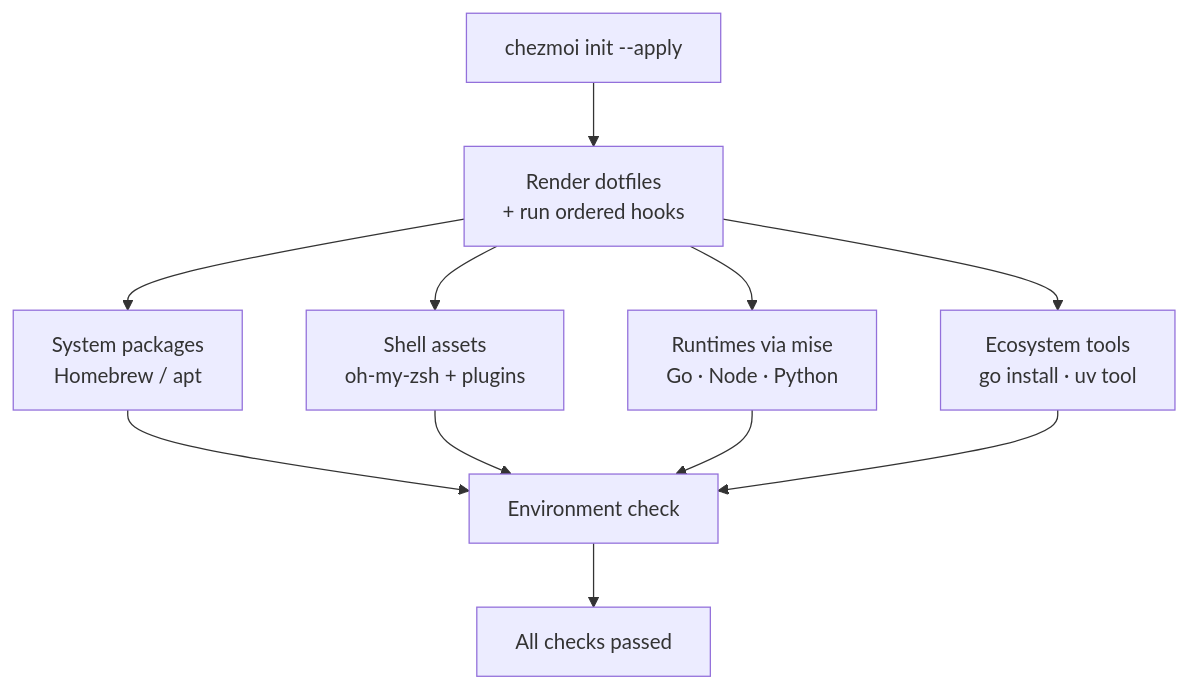
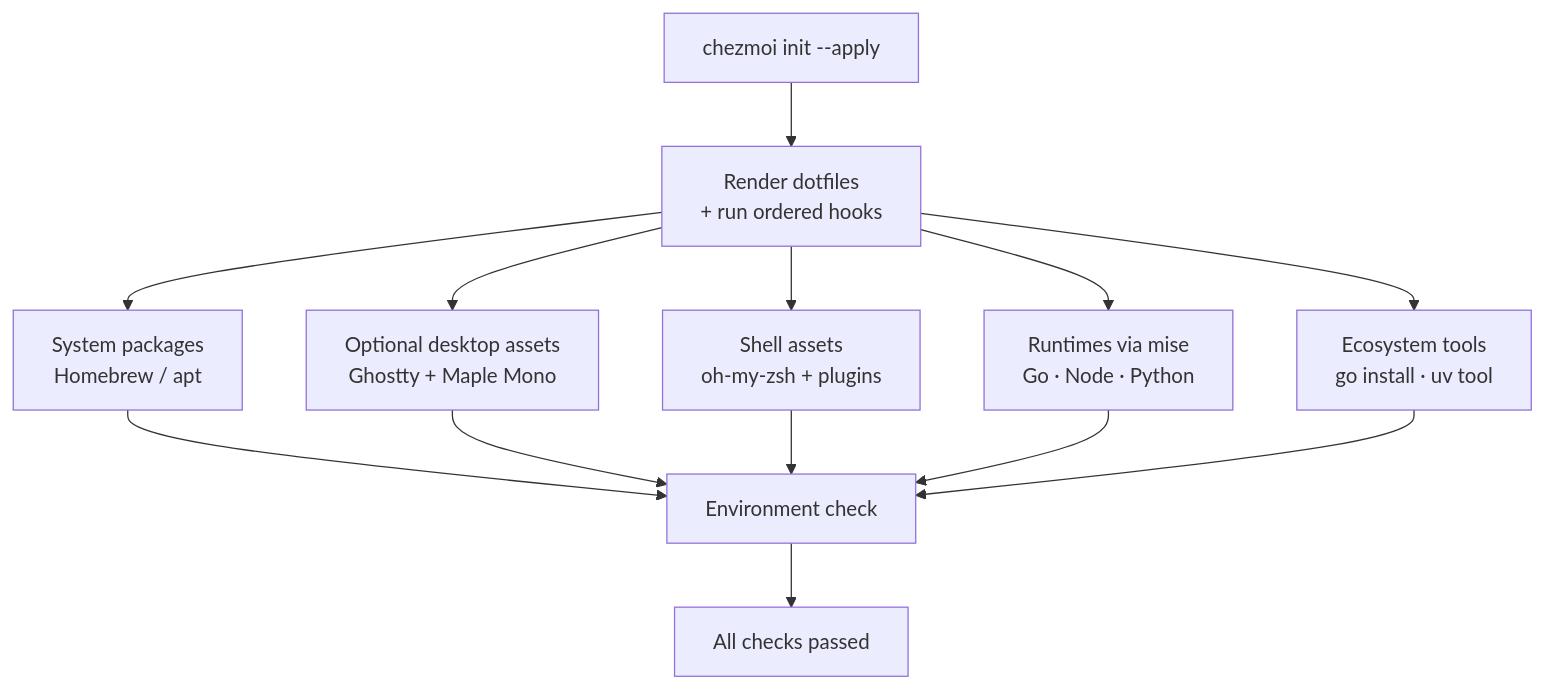
Before and after one commit to kangmingxuan/oh-my-devenv: the diagram in README.md, drawn with Mermaid. The commit also changed other lines of this file and 26 other files, not shown here.

First line of the commit message:
feat: add shared Ghostty desktop baseline (#17)

````diff
--- a/README.md
+++ b/README.md
@@ -29,13 +30,15 @@
 ```mermaid
 flowchart TD
     A["chezmoi init --apply"] --> B["Render dotfiles<br/>+ run ordered hooks"]
     B --> C["System packages<br/>Homebrew / apt"]
-    B --> D["Shell assets<br/>oh-my-zsh + plugins"]
-    B --> E["Runtimes via mise<br/>Go · Node · Python"]
-    B --> F["Ecosystem tools<br/>go install · uv tool"]
-    C --> G["Environment check"]
-    D --> G
-    E --> G
-    F --> G
-    G --> H["All checks passed"]
+    B --> D["Optional desktop assets<br/>Ghostty + Maple Mono"]
+    B --> E["Shell assets<br/>oh-my-zsh + plugins"]
+    B --> F["Runtimes via mise<br/>Go · Node · Python"]
+    B --> G["Ecosystem tools<br/>go install · uv tool"]
+    C --> H["Environment check"]
+    D --> H
+    E --> H
+    F --> H
+    G --> H
+    H --> I["All checks passed"]
 ```
````
